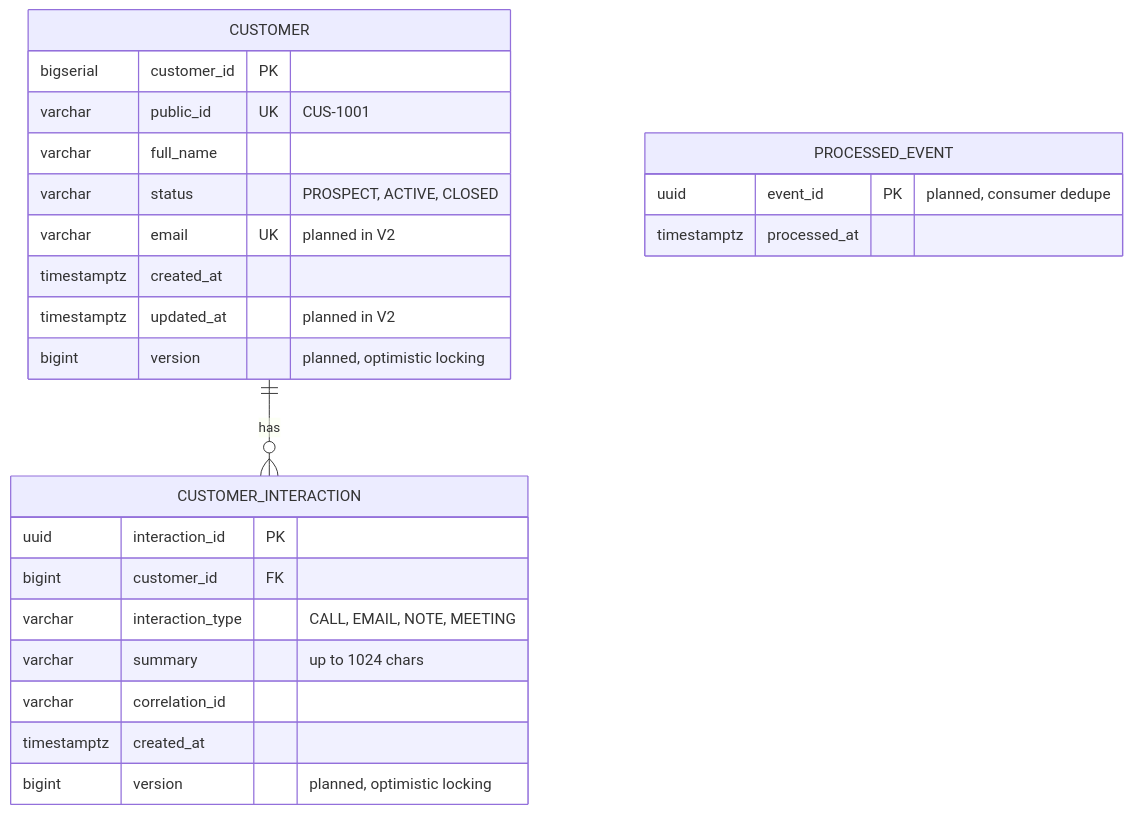
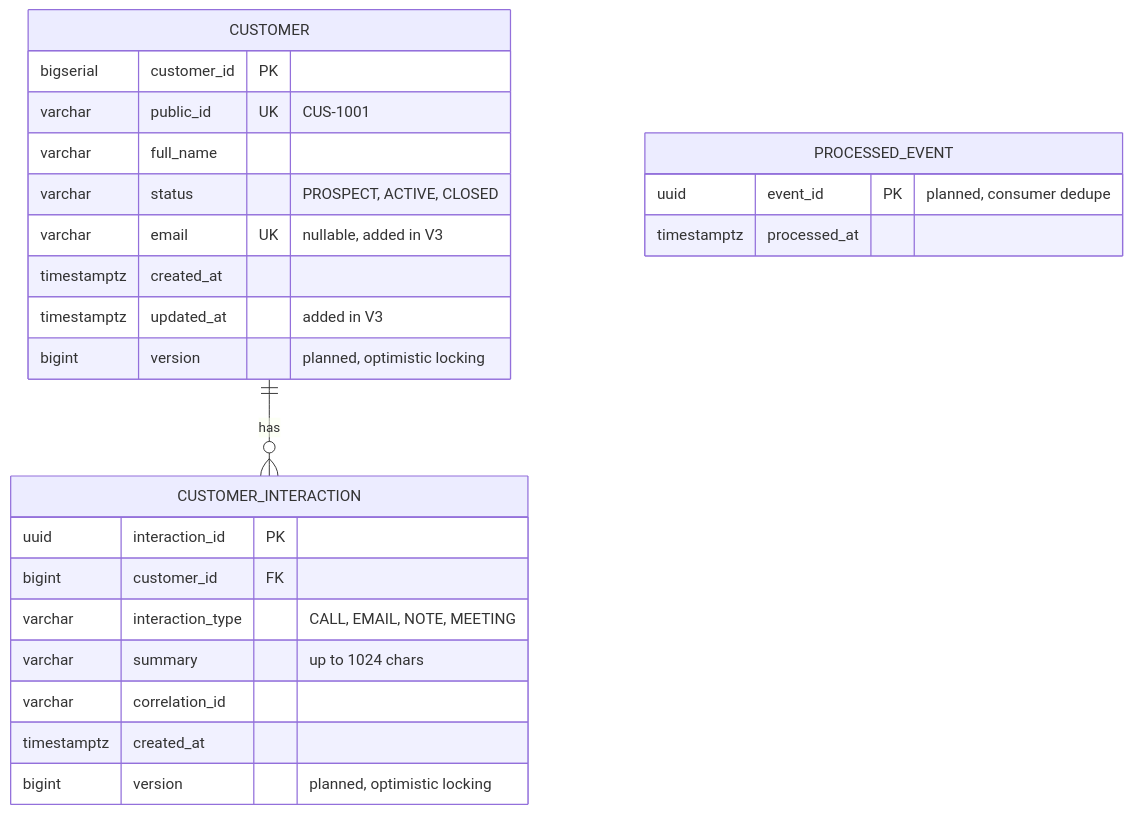
One commit to BrandonRobare/bean-brigade-customer-management-platform changed the sixth of 7 diagrams in docs/architecture.md. Above: the diagram before and after it, drawn with Mermaid. The commit also changed other lines of this file and 2 other files, not shown here.

Commit message:
V3 customer hardening (#162)

````diff
--- a/docs/architecture.md
+++ b/docs/architecture.md
@@ -206,27 +206,27 @@
 ```mermaid
 erDiagram
     CUSTOMER ||--o{ CUSTOMER_INTERACTION: "has"
     CUSTOMER {
         bigserial customer_id PK
         varchar public_id UK "CUS-1001"
         varchar full_name
         varchar status "PROSPECT, ACTIVE, CLOSED"
-        varchar email UK "planned in V2"
+        varchar email UK "nullable, added in V3"
         timestamptz created_at
-        timestamptz updated_at "planned in V2"
+        timestamptz updated_at "added in V3"
         bigint version "planned, optimistic locking"
     }
     CUSTOMER_INTERACTION {
         uuid interaction_id PK
         bigint customer_id FK
         varchar interaction_type "CALL, EMAIL, NOTE, MEETING"
         varchar summary "up to 1024 chars"
         varchar correlation_id
         timestamptz created_at
         bigint version "planned, optimistic locking"
     }
     PROCESSED_EVENT {
         uuid event_id PK "planned, consumer dedupe"
         timestamptz processed_at
     }
 ```
````
